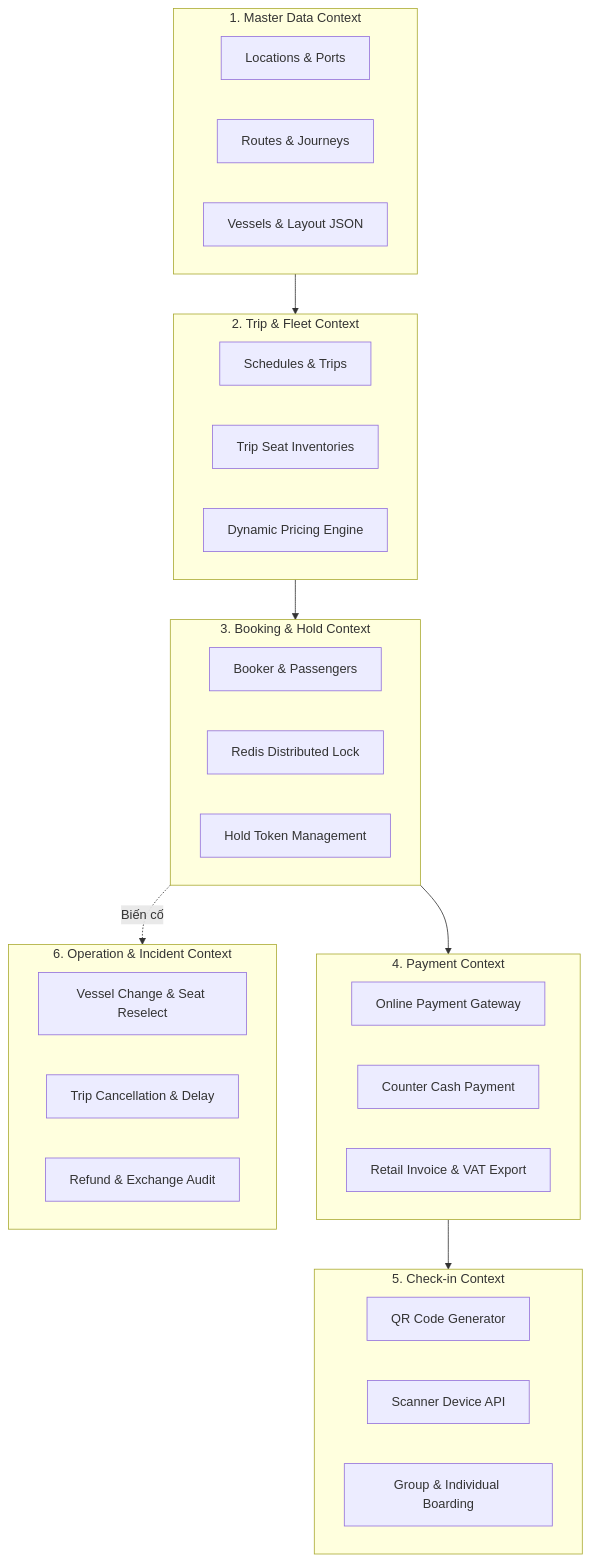
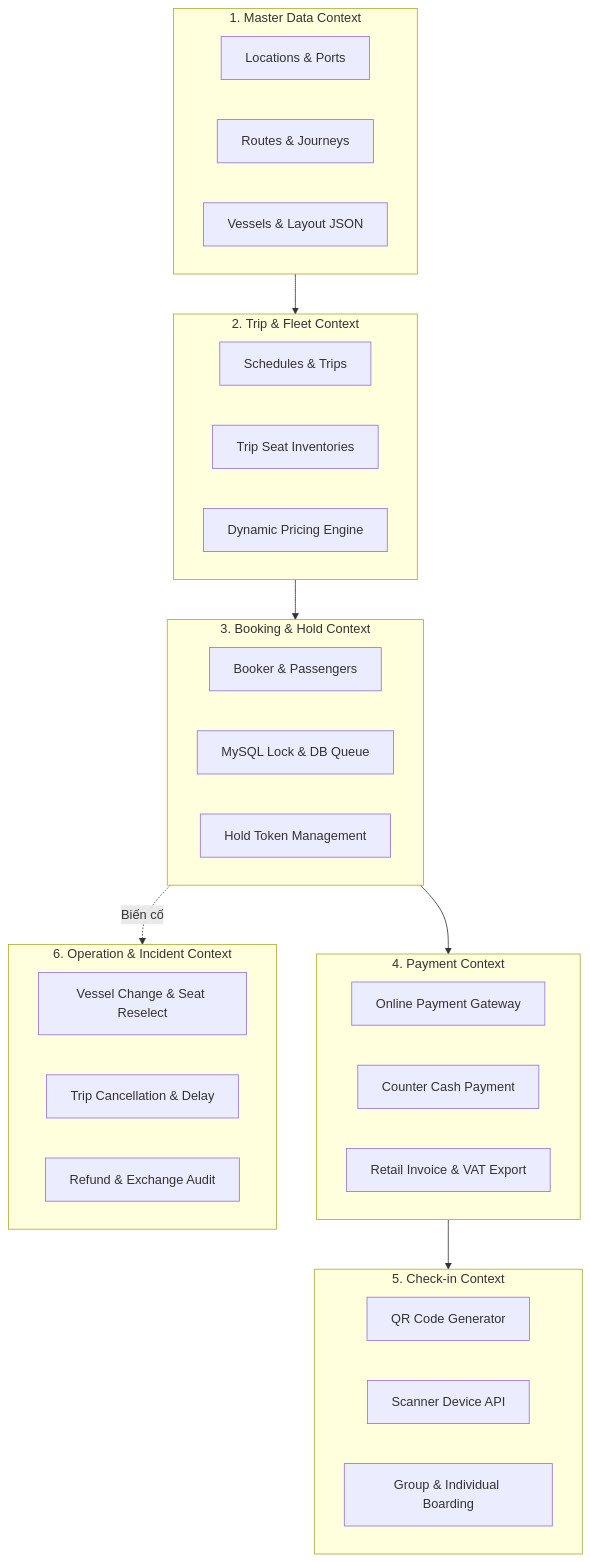
Before and after one commit to tomone2kd000-ux/superdong-booking-system: the first of 2 diagrams in content/docs/chuong-00-tong-quan-nghiep-vu-kien-truc/02-strategic-domain-va-bounded-contexts.mdx, drawn with Mermaid. The commit also changed 11 other files, not shown here.

Commit message:
fix: update tech stack to MySQL Lock and Database Queue, fix DEC-002 and DEC-003 to real business rules

````diff
--- a/content/docs/chuong-00-tong-quan-nghiep-vu-kien-truc/02-strategic-domain-va-bounded-contexts.mdx
+++ b/content/docs/chuong-00-tong-quan-nghiep-vu-kien-truc/02-strategic-domain-va-bounded-contexts.mdx
@@ -22,44 +22,44 @@
 ```mermaid
 flowchart TD
     subgraph MasterDataDomain [1. Master Data Context]
         MD1[Locations & Ports]
         MD2[Routes & Journeys]
         MD3[Vessels & Layout JSON]
     end
 
     subgraph TripDomain [2. Trip & Fleet Context]
         T1[Schedules & Trips]
         T2[Trip Seat Inventories]
         T3[Dynamic Pricing Engine]
     end
 
     subgraph BookingDomain [3. Booking & Hold Context]
         B1[Booker & Passengers]
-        B2[Redis Distributed Lock]
+        B2[MySQL Lock & DB Queue]
         B3[Hold Token Management]
     end
 
     subgraph PaymentDomain [4. Payment Context]
         P1[Online Payment Gateway]
         P2[Counter Cash Payment]
         P3[Retail Invoice & VAT Export]
     end
 
     subgraph CheckinDomain [5. Check-in Context]
         C1[QR Code Generator]
         C2[Scanner Device API]
         C3[Group & Individual Boarding]
     end
 
     subgraph OperationDomain [6. Operation & Incident Context]
         O1[Vessel Change & Seat Reselect]
         O2[Trip Cancellation & Delay]
         O3[Refund & Exchange Audit]
     end
 
     MasterDataDomain --> TripDomain
     TripDomain --> BookingDomain
     BookingDomain --> PaymentDomain
     PaymentDomain --> CheckinDomain
     BookingDomain -. Biến cố .-> OperationDomain
 ```
````
